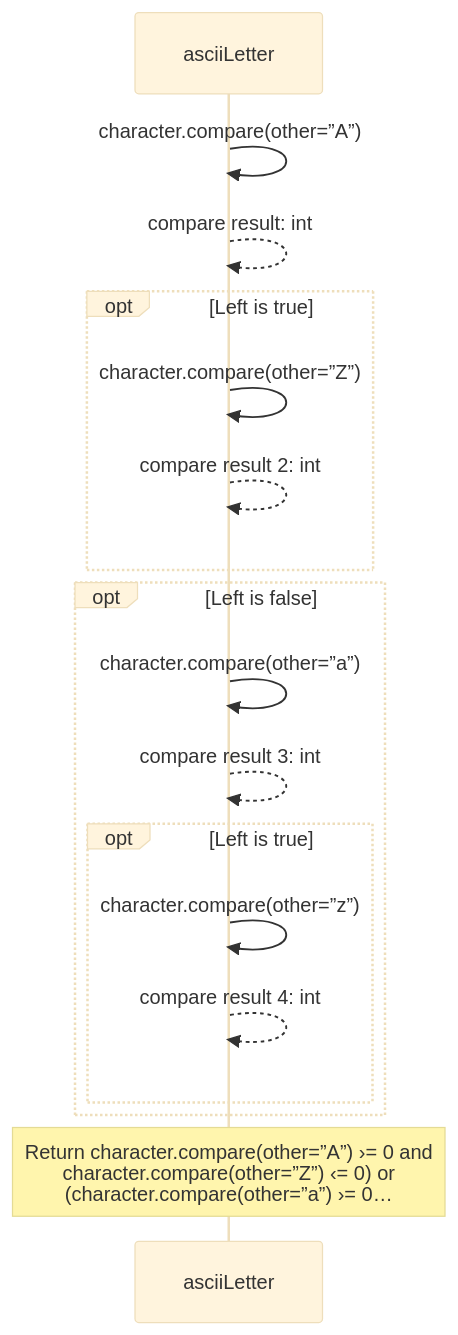
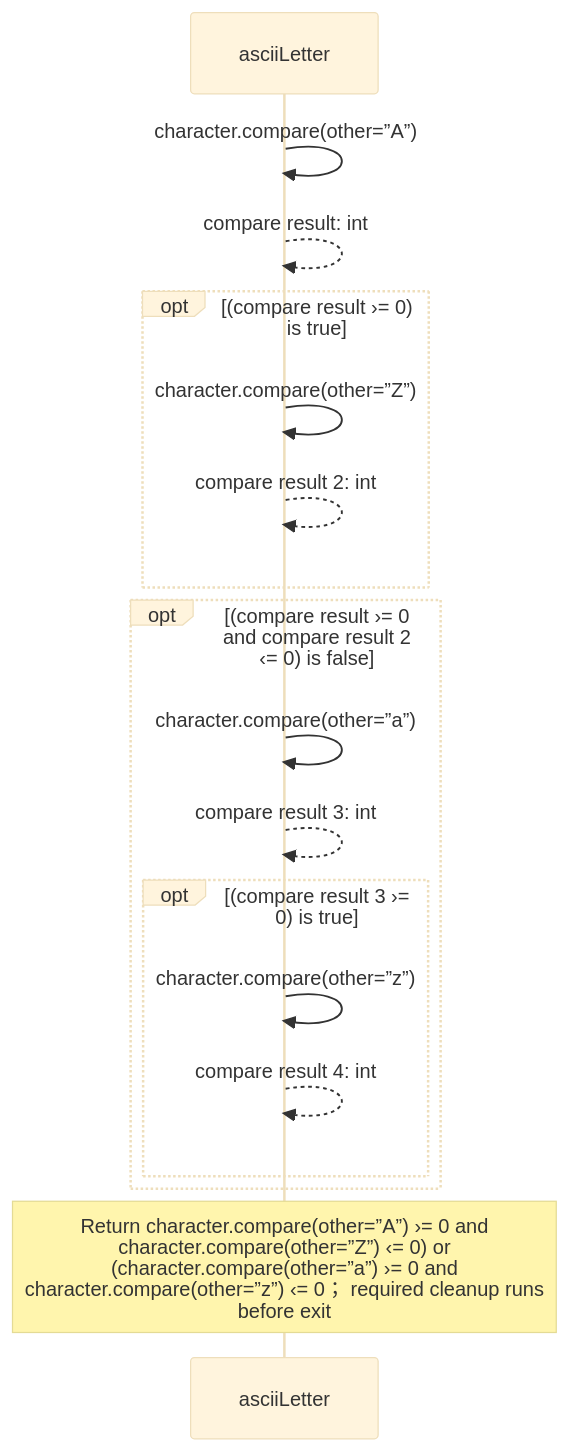
Before and after one commit to GreenPandaStudios/augscript: the third of 4 diagrams in src/stdlib/values/ascii.aug.diagrams.md, drawn with Mermaid (base theme). The commit also changed other lines of this file and 658 other files, not shown here.

````diff
--- a/src/stdlib/values/ascii.aug.diagrams.md
+++ b/src/stdlib/values/ascii.aug.diagrams.md
@@ -59,20 +75,20 @@
 ```mermaid
 sequenceDiagram
     participant p0 as asciiLetter
 
     p0->>p0: character.compare(other=”A”)
     p0-->>p0: compare result: int
-    opt Left is true
+    opt (compare result ›= 0) is true
     p0->>p0: character.compare(other=”Z”)
     p0-->>p0: compare result 2: int
     end
-    opt Left is false
+    opt (compare result ›= 0 and compare result 2 ‹= 0) is false
     p0->>p0: character.compare(other=”a”)
     p0-->>p0: compare result 3: int
-    opt Left is true
+    opt (compare result 3 ›= 0) is true
     p0->>p0: character.compare(other=”z”)
     p0-->>p0: compare result 4: int
     end
     end
-    Note over p0: Return character.compare(other=”A”) ›= 0 and<br/>character.compare(other=”Z”) ‹= 0) or<br/>(character.compare(other=”a”) ›= 0…
+    Note over p0: Return character.compare(other=”A”) ›= 0 and<br/>character.compare(other=”Z”) ‹= 0) or<br/>(character.compare(other=”a”) ›= 0 and<br/>character.compare(other=”z”) ‹= 0； required cleanup runs<br/>before exit
 ```
````
